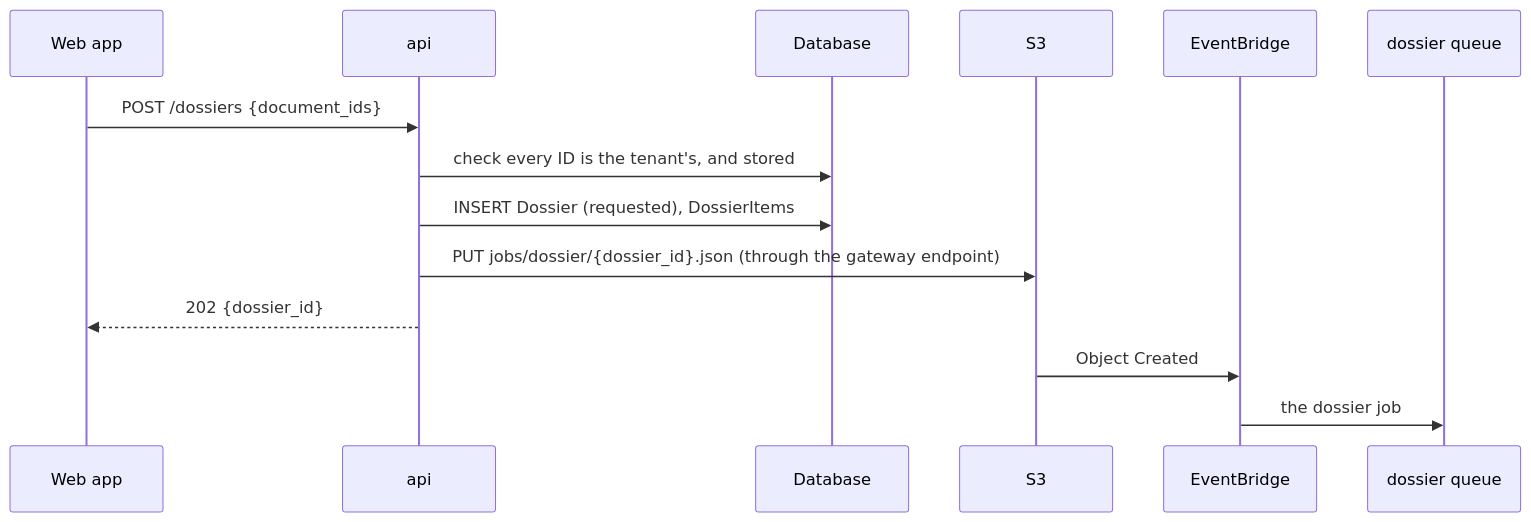
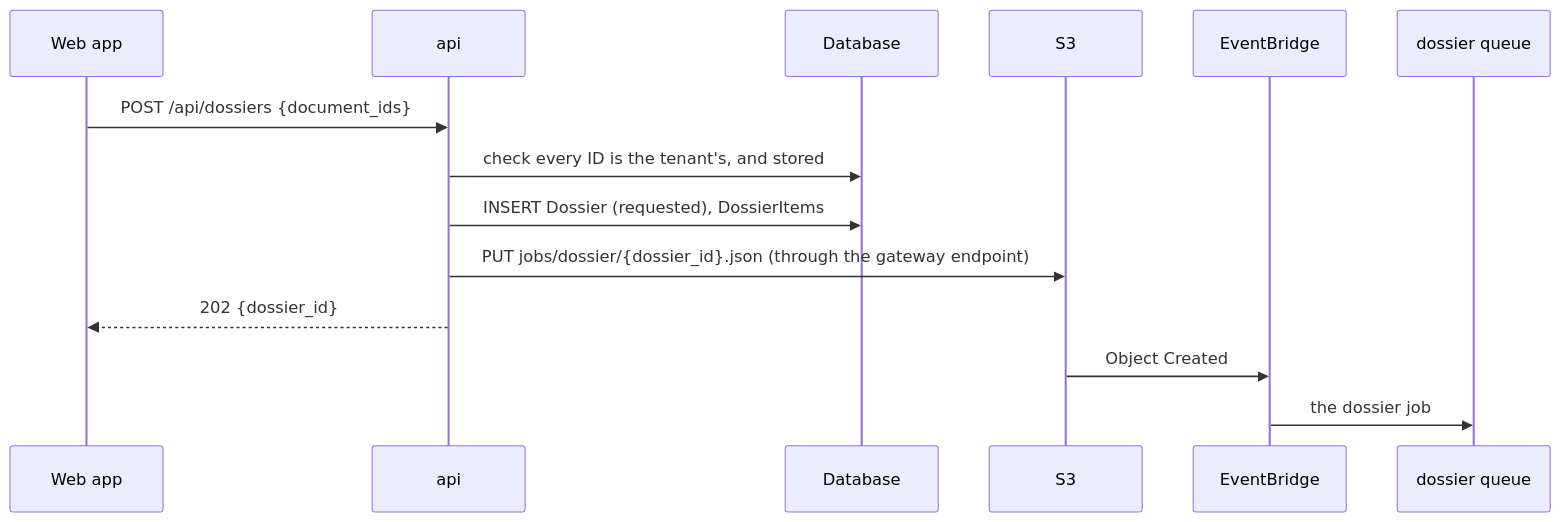
Before and after one commit to Katlego-tech/Tokelo: the second of 2 diagrams in docs/design/api.md, drawn with Mermaid. The commit also changed other lines of this file and 17 other files, not shown here.

````diff
--- a/docs/design/api.md
+++ b/docs/design/api.md
@@ -73,16 +75,16 @@
 ```mermaid
 sequenceDiagram
     participant W as Web app
     participant A as api
     participant D as Database
     participant S as S3
     participant E as EventBridge
     participant Q as dossier queue
-    W->>A: POST /dossiers {document_ids}
+    W->>A: POST /api/dossiers {document_ids}
     A->>D: check every ID is the tenant's, and stored
     A->>D: INSERT Dossier (requested), DossierItems
     A->>S: PUT jobs/dossier/{dossier_id}.json (through the gateway endpoint)
     A-->>W: 202 {dossier_id}
     S->>E: Object Created
     E->>Q: the dossier job
 ```
````
